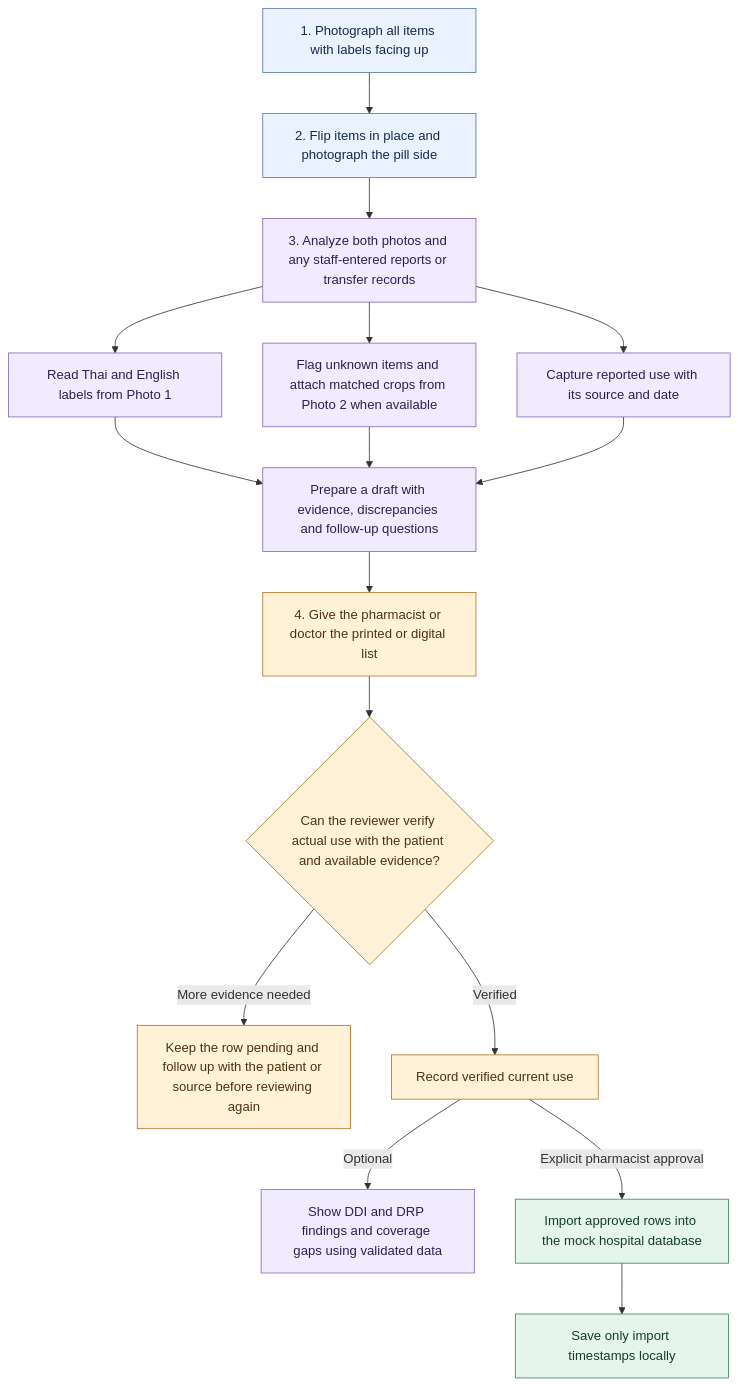
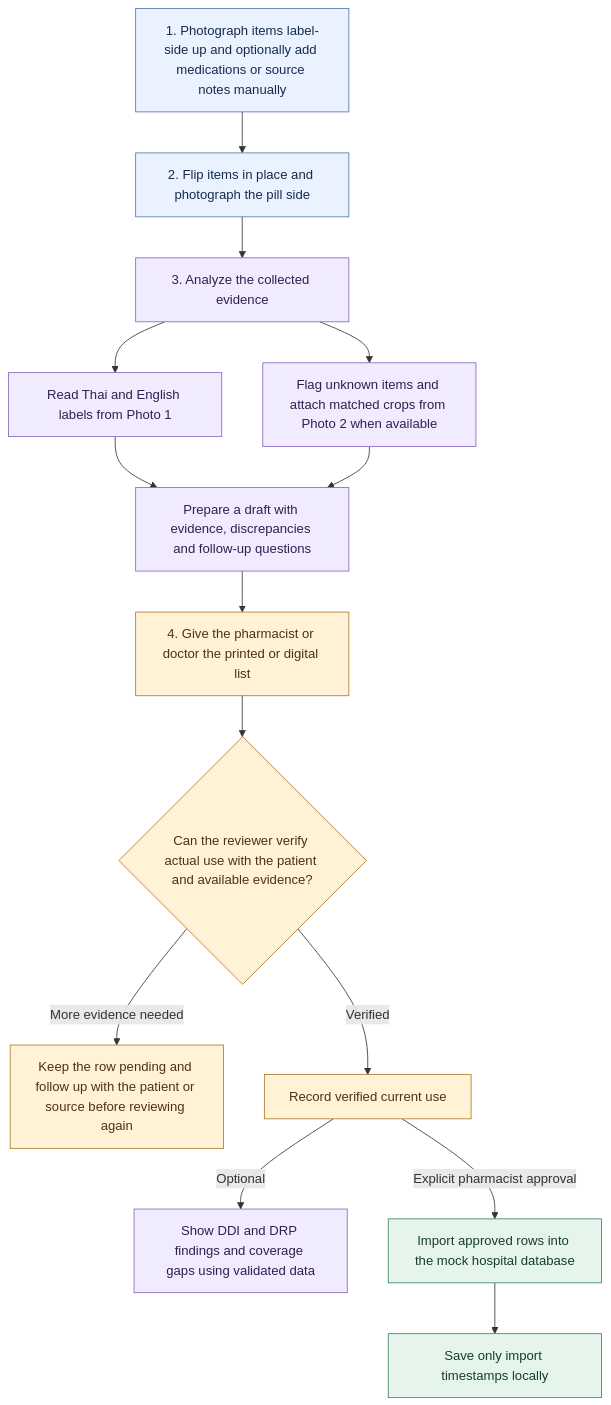
One commit to pakornds/Medication-Reader changed the diagram in docs/specs/medication-reader-v1.md. Above: the diagram before and after it, drawn with Mermaid. The commit also changed other lines of this file, not shown here.

Commit message:
Move manual medication entry to workflow intake
Updated the workflow for photographing medications and capturing details. Clarified the process for manual additions and improved instructions for handling unlabeled items.

````diff
--- a/docs/specs/medication-reader-v1.md
+++ b/docs/specs/medication-reader-v1.md
@@ -11,29 +11,27 @@
 ```mermaid
 flowchart TD
-    label["1. Photograph all items with labels facing up"]
+    label["1. Photograph items label-side up and optionally add medications or source notes manually"]
     reverse["2. Flip items in place and photograph the pill side"]
-    agent["3. Analyze both photos and any staff-entered reports or transfer records"]
+    agent["3. Analyze the collected evidence"]
     label --> reverse --> agent
     agent --> ocr["Read Thai and English labels from Photo 1"]
     agent --> flag["Flag unknown items and attach matched crops from Photo 2 when available"]
-    agent --> manual["Capture reported use with its source and date"]
     ocr --> list["Prepare a draft with evidence, discrepancies and follow-up questions"]
     flag --> list
-    manual --> list
     list --> handoff["4. Give the pharmacist or doctor the printed or digital list"]
     handoff --> review{"Can the reviewer verify actual use with the patient and available evidence?"}
     review -->|More evidence needed| follow["Keep the row pending and follow up with the patient or source before reviewing again"]
     review -->|Verified| verified["Record verified current use"]
     verified -->|Optional| checks["Show DDI and DRP findings and coverage gaps using validated data"]
     verified -->|Explicit pharmacist approval| save["Import approved rows into the mock hospital database"]
     save --> receipt["Save only import timestamps locally"]
 
     classDef evidence fill:#EAF2FF,stroke:#5675AB,color:#172B4D
     classDef processing fill:#F1EBFF,stroke:#8765BB,color:#30204F
     classDef human fill:#FFF2D7,stroke:#AF7627,color:#4E3213
     classDef storage fill:#E5F5EC,stroke:#398367,color:#173D30
     class label,reverse evidence
-    class ocr,flag,manual,list,agent,checks processing
+    class ocr,flag,list,agent,checks processing
     class handoff,review,follow,verified human
     class save,receipt storage
 ```
````
